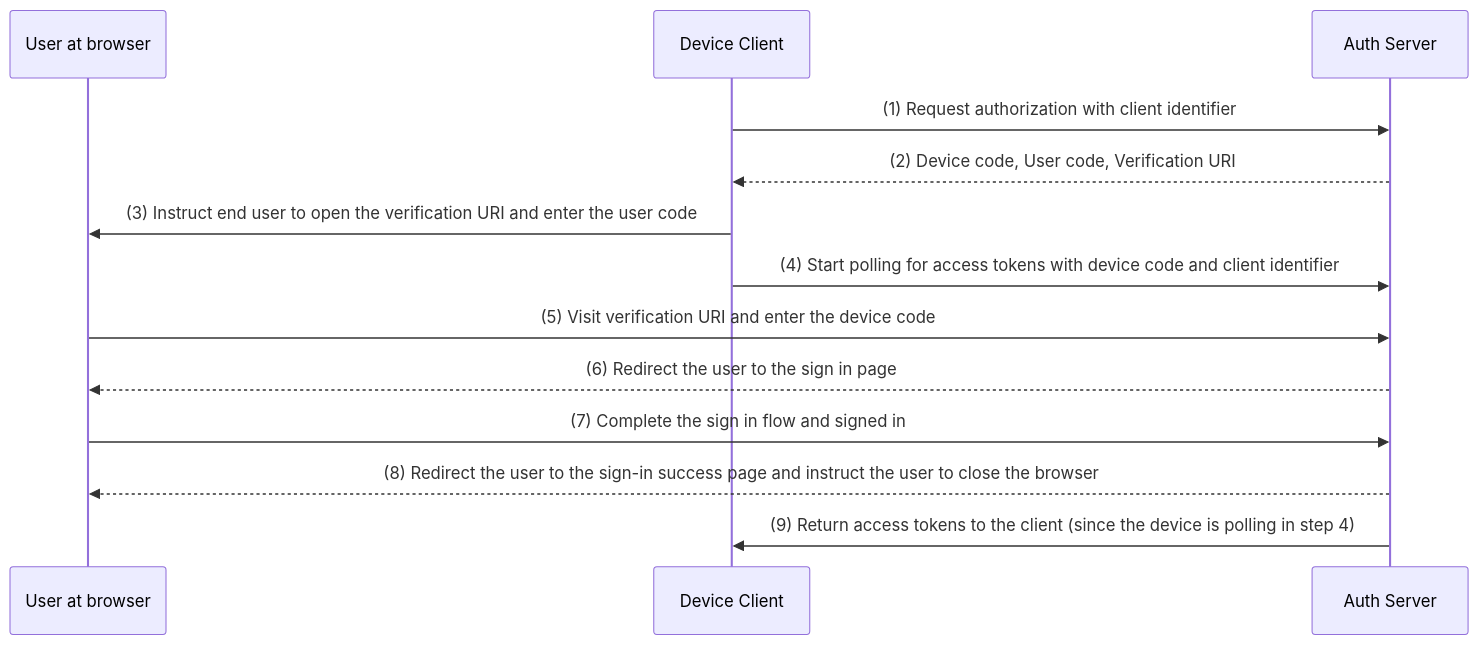
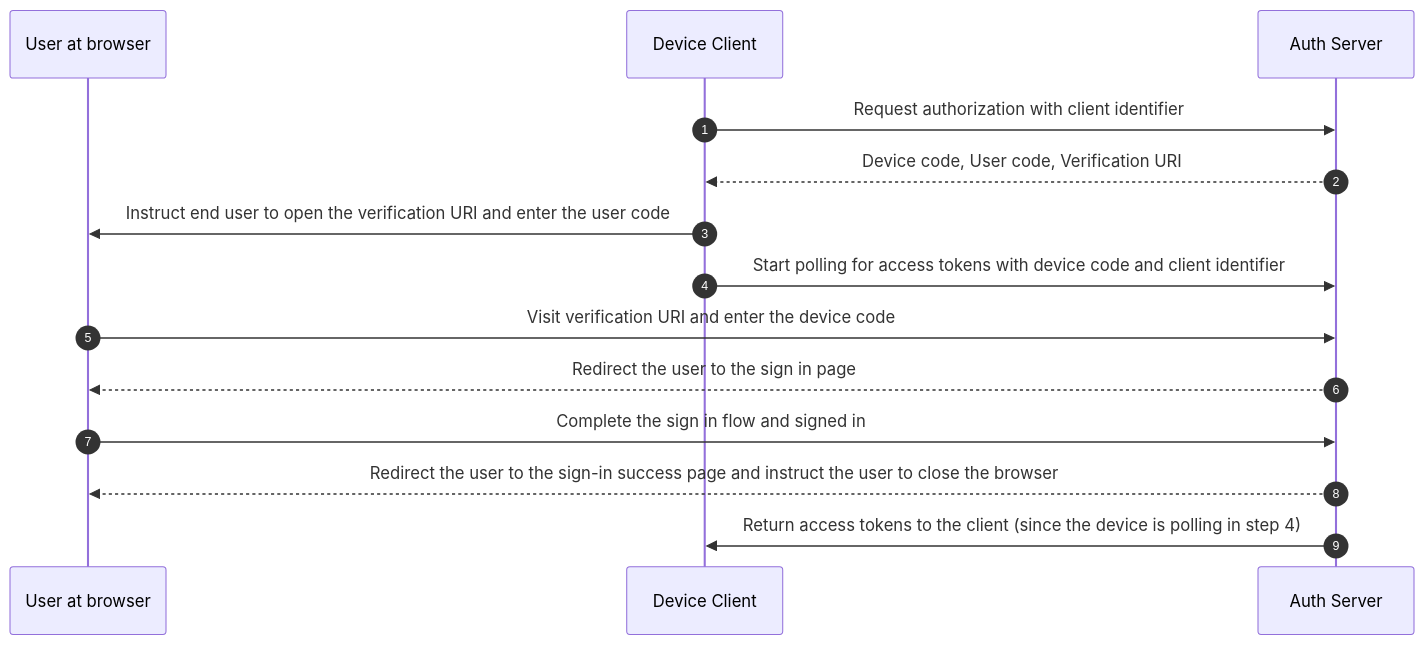
The diagram in src/content/terms/en/device-flow.mdx (logto-io/auth-wiki), drawn with Mermaid before and after one commit. The commit also changed other lines of this file, not shown here.

First line of the commit message:
Update device-flow.mdx

````diff
--- a/src/content/terms/en/device-flow.mdx
+++ b/src/content/terms/en/device-flow.mdx
@@ -88,16 +90,17 @@
 ```mermaid
 sequenceDiagram
+	autonumber
 	participant User at browser
 	participant Device Client
 	participant Auth Server
 
-	Device Client ->> Auth Server: (1) Request authorization with client identifier
-	Auth Server -->> Device Client: (2) Device code, User code, Verification URI
-	Device Client ->> User at browser: (3) Instruct end user to open the verification URI and enter the user code
-	Device Client ->> Auth Server: (4) Start polling for access tokens with device code and client identifier
-	User at browser ->> Auth Server: (5) Visit verification URI and enter the device code
-	Auth Server -->> User at browser: (6) Redirect the user to the sign in page
-	User at browser ->> Auth Server: (7) Complete the sign in flow and signed in
-	Auth Server -->> User at browser: (8) Redirect the user to the sign-in success page and instruct the user to close the browser
-	Auth Server ->> Device Client: (9) Return access tokens to the client (since the device is polling in step 4)
+	Device Client ->> Auth Server: Request authorization with client identifier
+	Auth Server -->> Device Client: Device code, User code, Verification URI
+	Device Client ->> User at browser: Instruct end user to open the verification URI and enter the user code
+	Device Client ->> Auth Server: Start polling for access tokens with device code and client identifier
+	User at browser ->> Auth Server: Visit verification URI and enter the device code
+	Auth Server -->> User at browser: Redirect the user to the sign in page
+	User at browser ->> Auth Server: Complete the sign in flow and signed in
+	Auth Server -->> User at browser: Redirect the user to the sign-in success page and instruct the user to close the browser
+	Auth Server ->> Device Client: Return access tokens to the client (since the device is polling in step 4)
 ```
````
